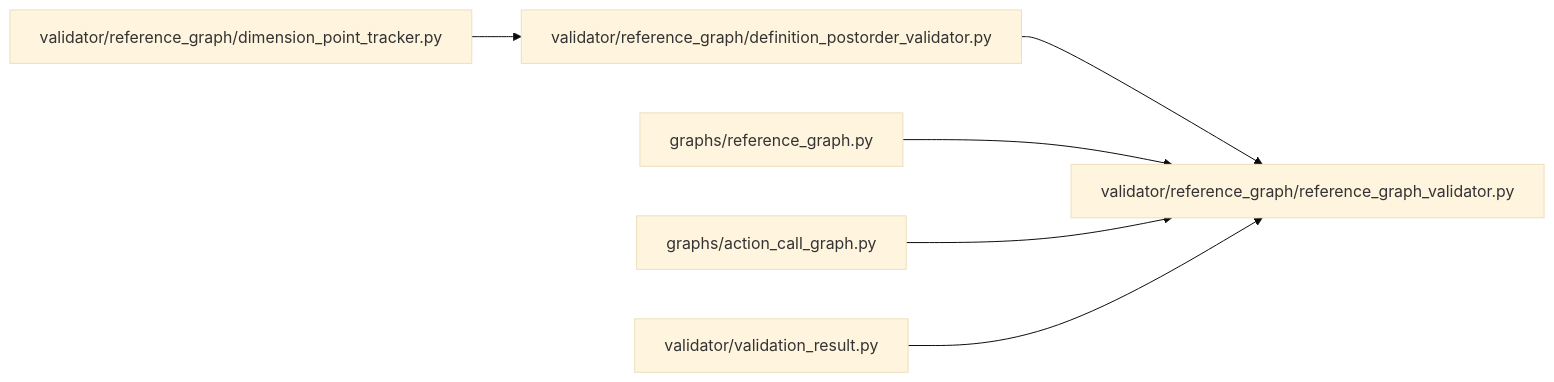
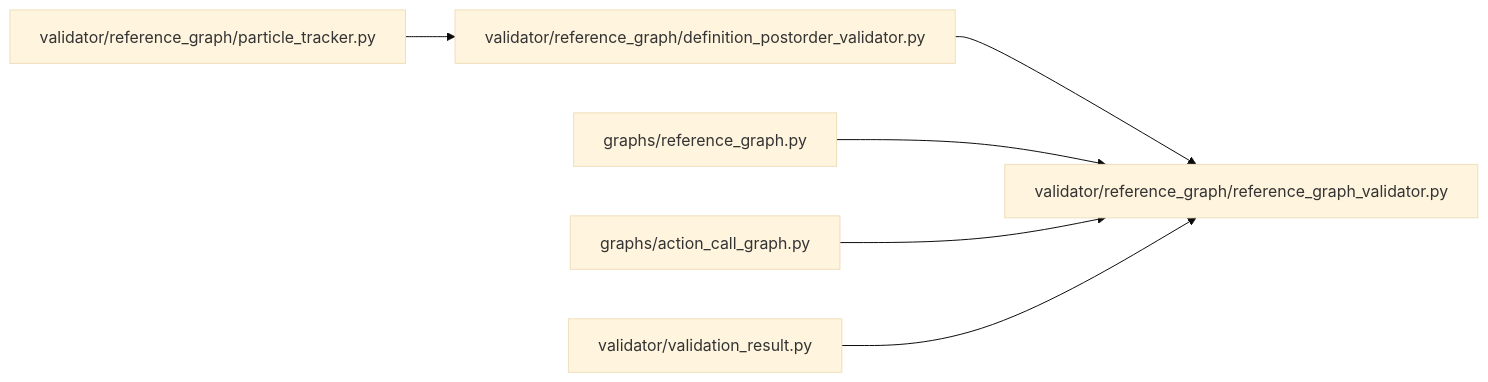
One commit to define-lang/define changed the fifth of 7 diagrams in define/AGENTS.md. Above: the diagram before and after it, drawn with Mermaid (base theme). The commit also changed 670 other files, not shown here.

Commit message:
Rename dimension point to particle everywhere other than the Concepts.

````diff
--- a/define/AGENTS.md
+++ b/define/AGENTS.md
@@ -73,9 +73,9 @@
 ```mermaid
 flowchart LR
     ReferenceGraphValidator["validator/reference_graph/reference_graph_validator.py"]
     DefinitionPostorderValidator["validator/reference_graph/definition_postorder_validator.py"] --> ReferenceGraphValidator
-    DPTracker["validator/reference_graph/dimension_point_tracker.py"] --> DefinitionPostorderValidator
+    DPTracker["validator/reference_graph/particle_tracker.py"] --> DefinitionPostorderValidator
     ReferenceGraph["graphs/reference_graph.py"] --> ReferenceGraphValidator
     ActionCallGraph["graphs/action_call_graph.py"] --> ReferenceGraphValidator
     ValidationResult["validator/validation_result.py"] --> ReferenceGraphValidator
 ```
````
